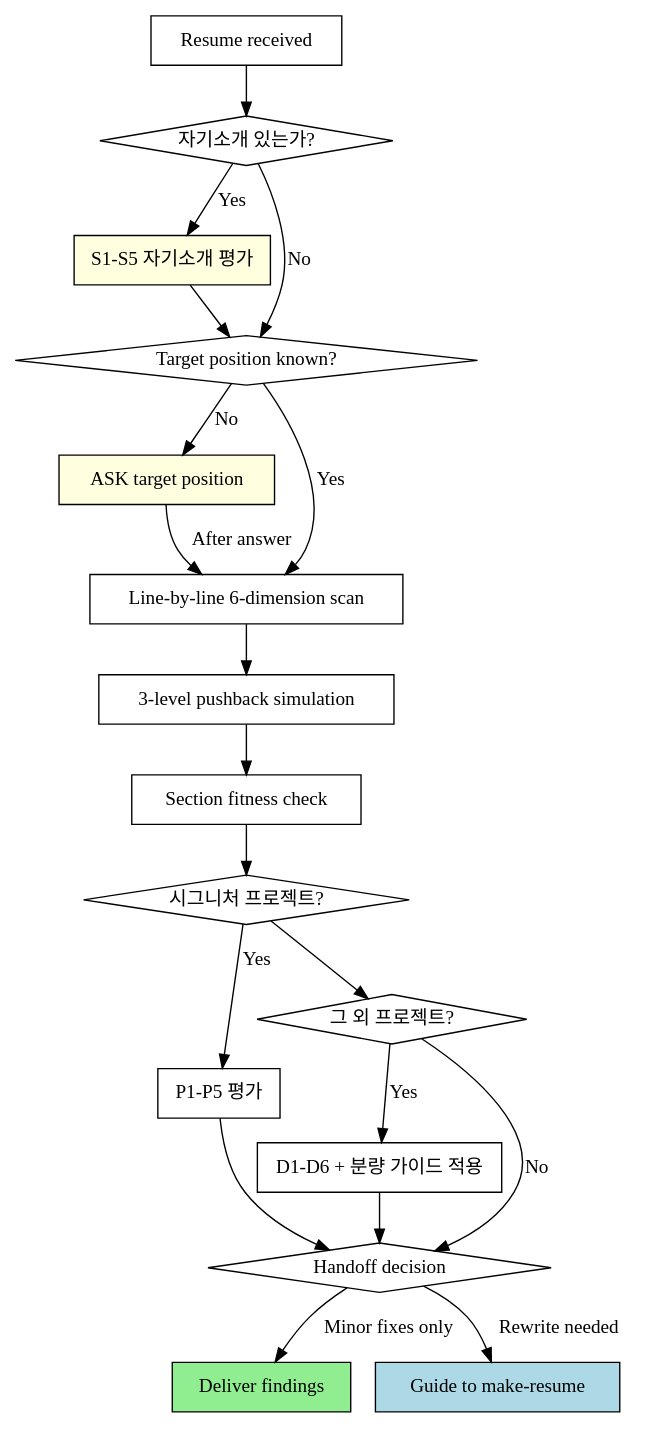
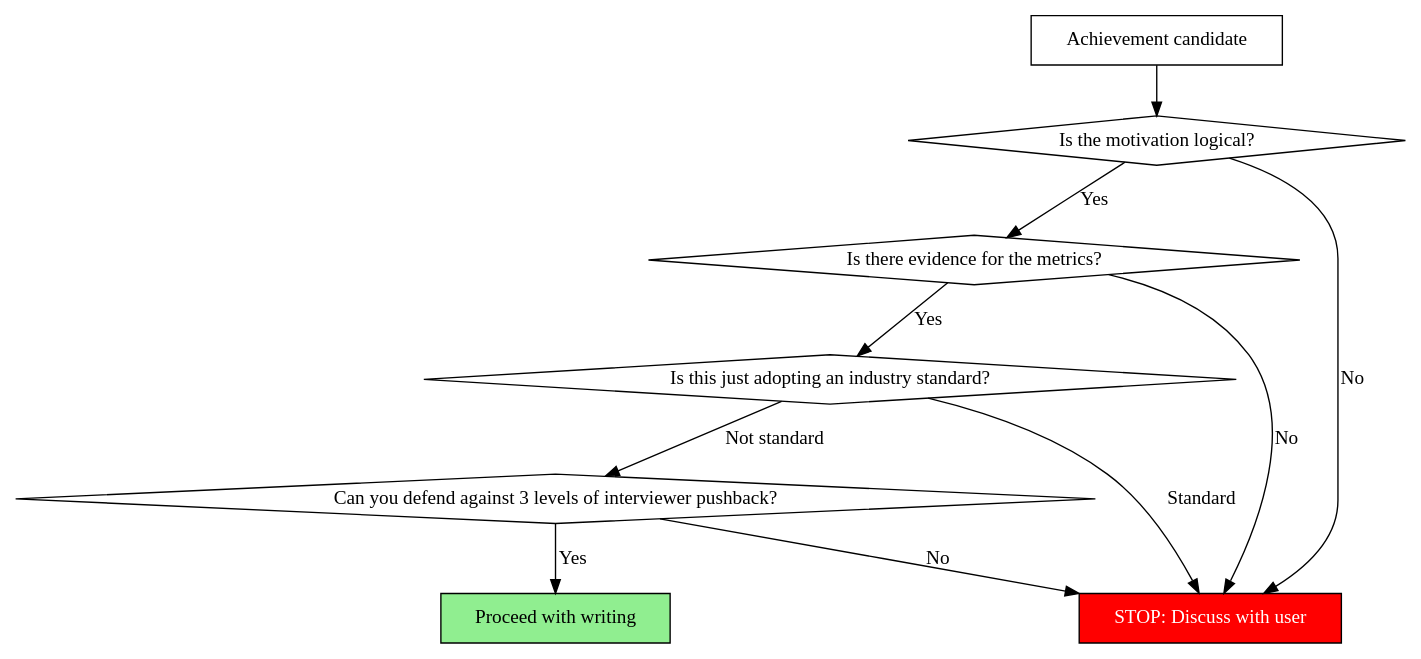
Before and after one commit to toongri/oh-my-toong-playground: the second of 2 diagrams in projects/toongri.github.io/skills/review-resume/SKILL.md, drawn with Graphviz. The commit also changed other lines of this file, not shown here.

Commit message:
feat: review-resume SKILL.md Part 1 통합 작성

````diff
--- a/projects/toongri.github.io/skills/review-resume/SKILL.md
+++ b/projects/toongri.github.io/skills/review-resume/SKILL.md
@@ -20,39 +250,22 @@
 ```dot
-digraph review_protocol {
+digraph resume_check {
     rankdir=TB;
-    "Resume received" [shape=box];
-    "자기소개 있는가?" [shape=diamond];
-    "S1-S5 자기소개 평가" [shape=box, style=filled, fillcolor=lightyellow];
-    "Target position known?" [shape=diamond];
-    "ASK target position" [shape=box, style=filled, fillcolor=lightyellow];
-    "Line-by-line 6-dimension scan" [shape=box];
-    "3-level pushback simulation" [shape=box];
-    "Section fitness check" [shape=box];
-    "시그니처 프로젝트?" [shape=diamond];
-    "P1-P5 평가" [shape=box];
-    "그 외 프로젝트?" [shape=diamond];
-    "D1-D6 + 분량 가이드 적용" [shape=box];
-    "Handoff decision" [shape=diamond];
-    "Deliver findings" [shape=box, style=filled, fillcolor=lightgreen];
-    "Guide to make-resume" [shape=box, style=filled, fillcolor=lightblue];
+    "Achievement candidate" [shape=box];
+    "Is the motivation logical?" [shape=diamond];
+    "Is there evidence for the metrics?" [shape=diamond];
+    "Is this just adopting an industry standard?" [shape=diamond];
+    "Can you defend against 3 levels of interviewer pushback?" [shape=diamond];
+    "Proceed with writing" [shape=box, style=filled, fillcolor=lightgreen];
+    "STOP: Discuss with user" [shape=box, style=filled, fillcolor=red, fontcolor=white];
 
-    "Resume received" -> "자기소개 있는가?";
-    "자기소개 있는가?" -> "S1-S5 자기소개 평가" [label="Yes"];
-    "자기소개 있는가?" -> "Target position known?" [label="No"];
-    "S1-S5 자기소개 평가" -> "Target position known?";
-    "Target position known?" -> "ASK target position" [label="No"];
-    "Target position known?" -> "Line-by-line 6-dimension scan" [label="Yes"];
-    "ASK target position" -> "Line-by-line 6-dimension scan" [label="After answer"];
-    "Line-by-line 6-dimension scan" -> "3-level pushback simulation";
-    "3-level pushback simulation" -> "Section fitness check";
-    "Section fitness check" -> "시그니처 프로젝트?";
-    "시그니처 프로젝트?" -> "P1-P5 평가" [label="Yes"];
-    "시그니처 프로젝트?" -> "그 외 프로젝트?";
-    "그 외 프로젝트?" -> "D1-D6 + 분량 가이드 적용" [label="Yes"];
-    "P1-P5 평가" -> "Handoff decision";
-    "D1-D6 + 분량 가이드 적용" -> "Handoff decision";
-    "그 외 프로젝트?" -> "Handoff decision" [label="No"];
-    "Handoff decision" -> "Deliver findings" [label="Minor fixes only"];
-    "Handoff decision" -> "Guide to make-resume" [label="Rewrite needed"];
+    "Achievement candidate" -> "Is the motivation logical?";
+    "Is the motivation logical?" -> "STOP: Discuss with user" [label="No"];
+    "Is the motivation logical?" -> "Is there evidence for the metrics?" [label="Yes"];
+    "Is there evidence for the metrics?" -> "STOP: Discuss with user" [label="No"];
+    "Is there evidence for the metrics?" -> "Is this just adopting an industry standard?" [label="Yes"];
+    "Is this just adopting an industry standard?" -> "STOP: Discuss with user" [label="Standard"];
+    "Is this just adopting an industry standard?" -> "Can you defend against 3 levels of interviewer pushback?" [label="Not standard"];
+    "Can you defend against 3 levels of interviewer pushback?" -> "STOP: Discuss with user" [label="No"];
+    "Can you defend against 3 levels of interviewer pushback?" -> "Proceed with writing" [label="Yes"];
 }
 ```
````
